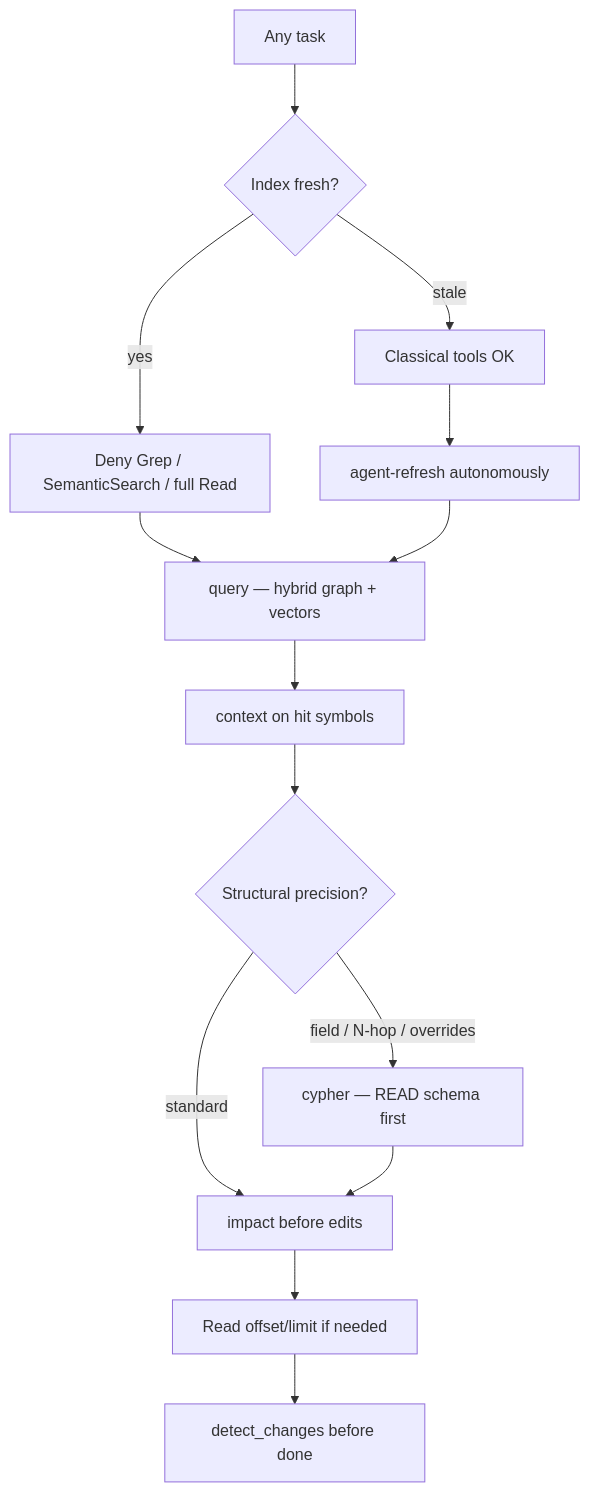
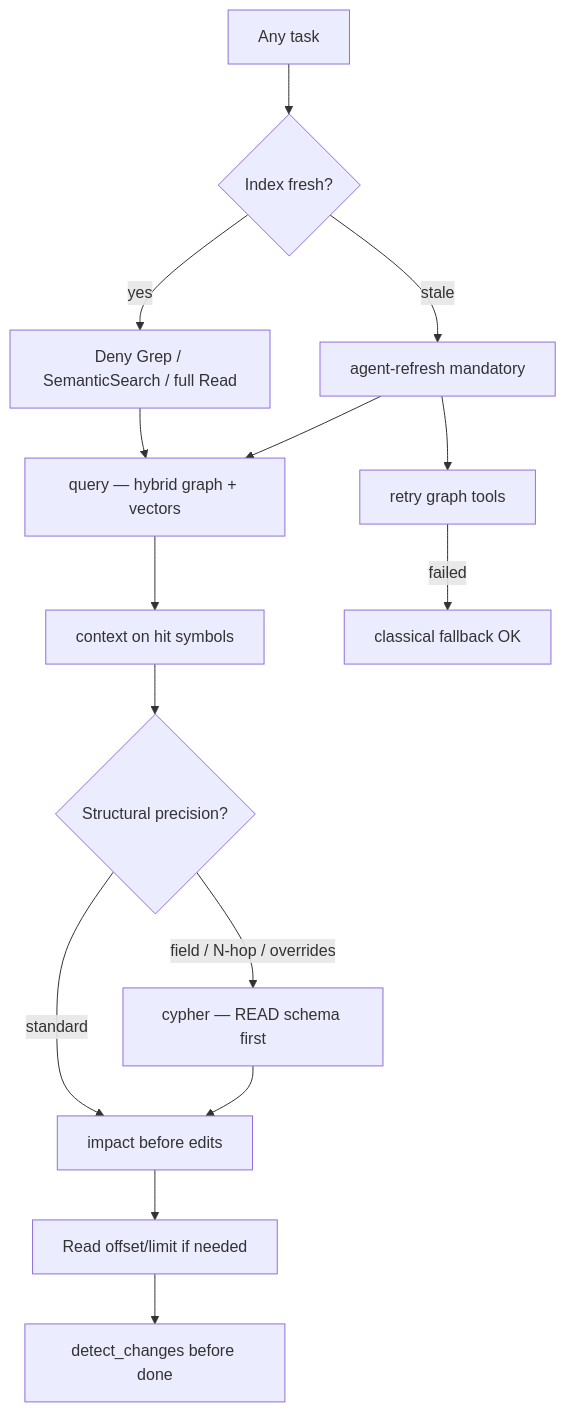
Before and after one commit to ReidenXerx/cursor-gitnexus-kit: the fourth of 9 diagrams in docs/ARCHITECTURE.md, drawn with Mermaid. The commit also changed 38 other files, not shown here.

````diff
--- a/docs/ARCHITECTURE.md
+++ b/docs/ARCHITECTURE.md
@@ -102,16 +102,17 @@
 ```mermaid
 flowchart TD
   T["Any task"] --> Fresh{Index fresh?}
   Fresh -->|yes| Block[Deny Grep / SemanticSearch / full Read]
   Block --> Query["query — hybrid graph + vectors"]
   Query --> Drill[context on hit symbols]
   Drill --> Cy{Structural precision?}
   Cy -->|field / N-hop / overrides| Cypher["cypher — READ schema first"]
   Cy -->|standard| Impact[impact before edits]
   Cypher --> Impact
   Impact --> Slice[Read offset/limit if needed]
   Slice --> DC[detect_changes before done]
-  Fresh -->|stale| Classic[Classical tools OK]
-  Classic --> Refresh[agent-refresh autonomously]
+  Fresh -->|stale| Refresh[agent-refresh mandatory]
+  Refresh --> Retry[retry graph tools]
+  Retry -->|failed| Classic[classical fallback OK]
   Refresh --> Query
 ```
````
